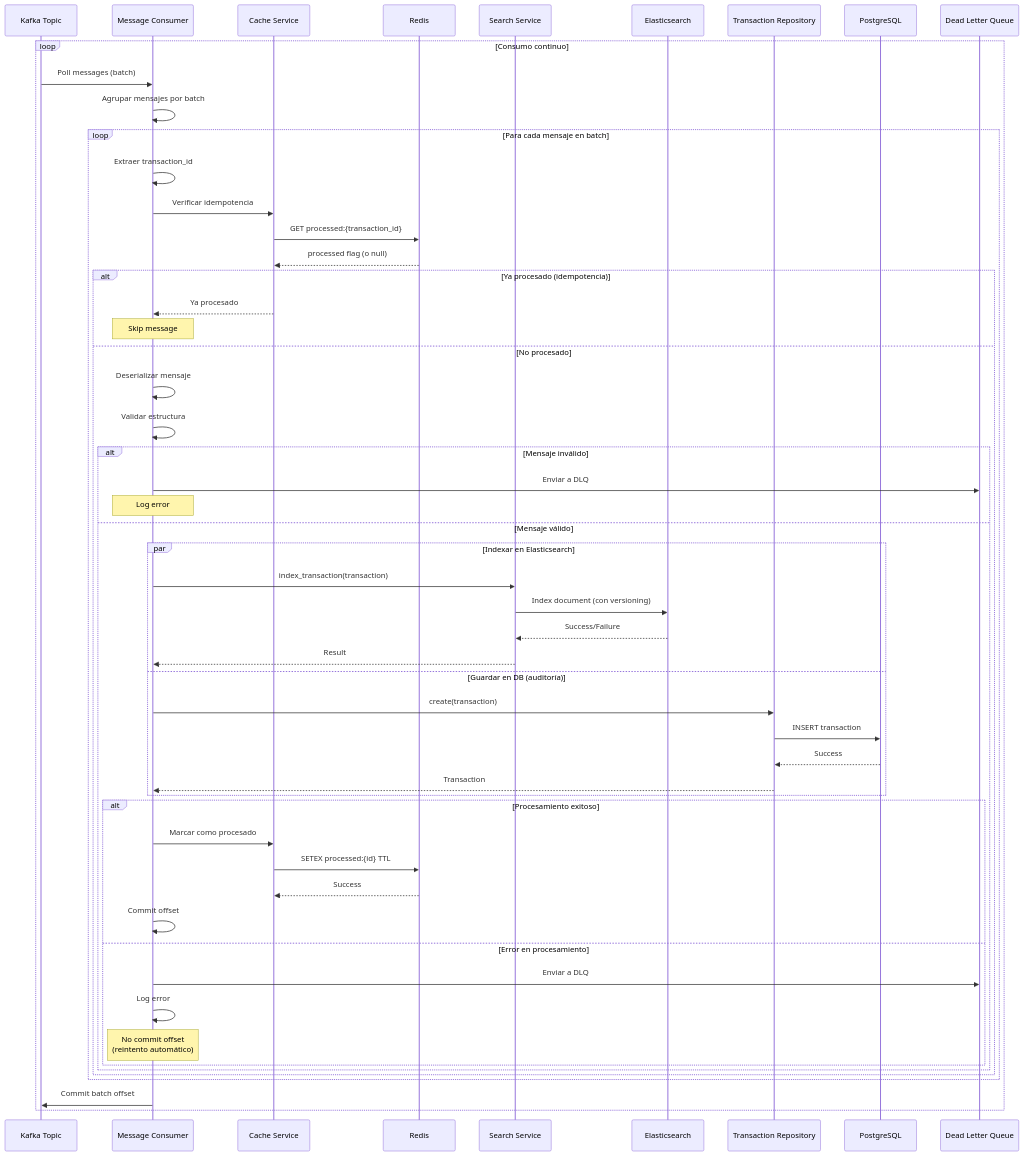
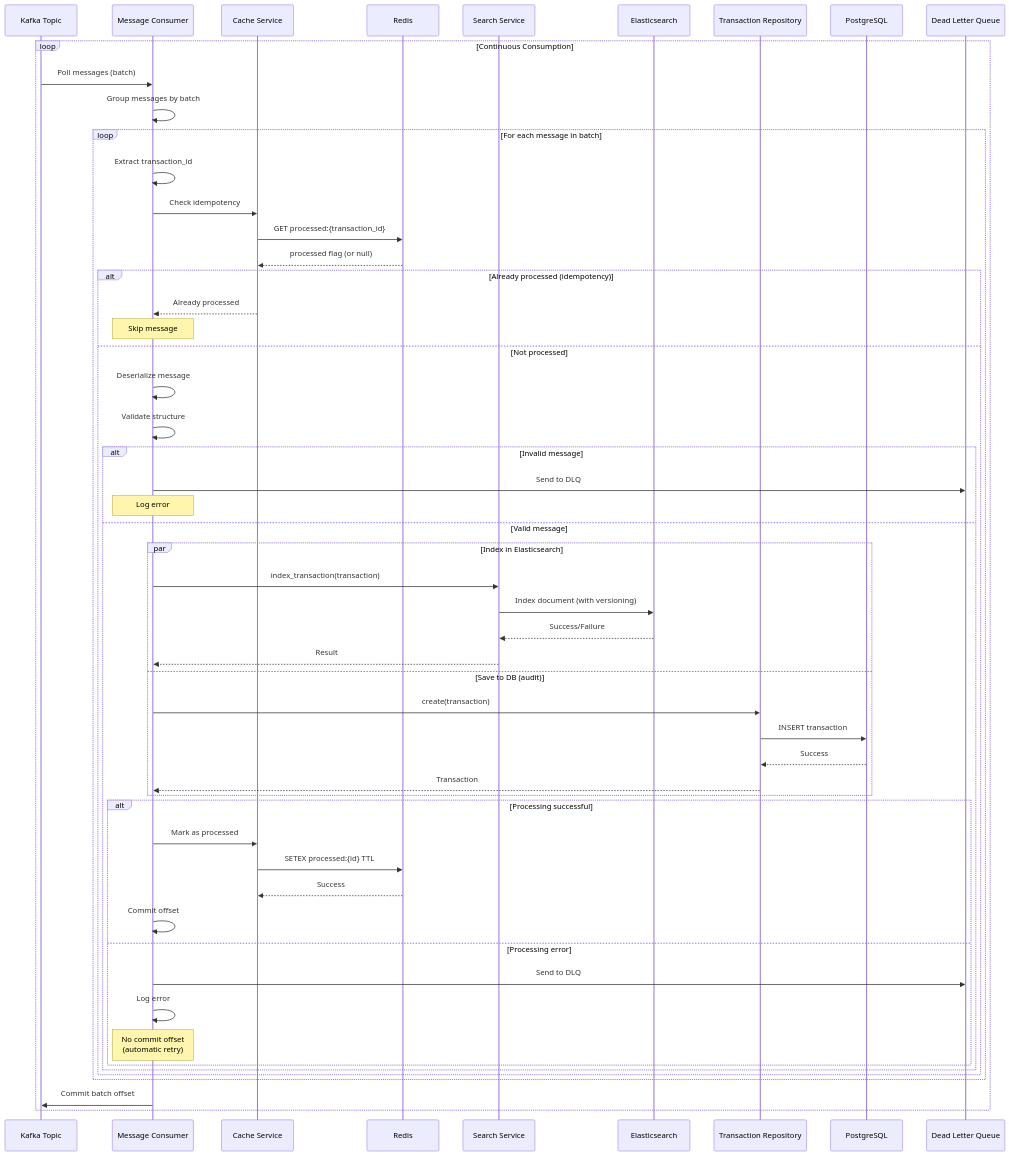
One commit to echevemaster/astropay_challenge changed the seventh of 8 diagrams in README.md. Above: the diagram before and after it, drawn with Mermaid. The commit also changed other lines of this file, not shown here.

````diff
--- a/README.md
+++ b/README.md
@@ -356,64 +356,64 @@
 ```mermaid
 sequenceDiagram
     participant Kafka as Kafka Topic
     participant Consumer as Message Consumer
     participant Cache as Cache Service
     participant Redis as Redis
     participant Search as Search Service
     participant ES as Elasticsearch
     participant Repo as Transaction Repository
     participant DB as PostgreSQL
     participant DLQ as Dead Letter Queue
     
-    loop Consumo continuo
+    loop Continuous Consumption
         Kafka->>Consumer: Poll messages (batch)
         
-        Consumer->>Consumer: Agrupar mensajes por batch
+        Consumer->>Consumer: Group messages by batch
         
-        loop Para cada mensaje en batch
-            Consumer->>Consumer: Extraer transaction_id
+        loop For each message in batch
+            Consumer->>Consumer: Extract transaction_id
             
-            Consumer->>Cache: Verificar idempotencia
+            Consumer->>Cache: Check idempotency
             Cache->>Redis: GET processed:{transaction_id}
-            Redis-->>Cache: processed flag (o null)
+            Redis-->>Cache: processed flag (or null)
             
-            alt Ya procesado (idempotencia)
-                Cache-->>Consumer: Ya procesado
+            alt Already processed (idempotency)
+                Cache-->>Consumer: Already processed
                 Note over Consumer: Skip message
-            else No procesado
-                Consumer->>Consumer: Deserializar mensaje
-                Consumer->>Consumer: Validar estructura
+            else Not processed
+                Consumer->>Consumer: Deserialize message
+                Consumer->>Consumer: Validate structure
                 
-                alt Mensaje inválido
-                    Consumer->>DLQ: Enviar a DLQ
+                alt Invalid message
+                    Consumer->>DLQ: Send to DLQ
                     Note over Consumer: Log error
-                else Mensaje válido
-                    par Indexar en Elasticsearch
+                else Valid message
+                    par Index in Elasticsearch
                         Consumer->>Search: index_transaction(transaction)
-                        Search->>ES: Index document (con versioning)
+                        Search->>ES: Index document (with versioning)
                         ES-->>Search: Success/Failure
                         Search-->>Consumer: Result
-                    and Guardar en DB (auditoría)
+                    and Save to DB (audit)
                         Consumer->>Repo: create(transaction)
                         Repo->>DB: INSERT transaction
                         DB-->>Repo: Success
                         Repo-->>Consumer: Transaction
                     end
                     
-                    alt Procesamiento exitoso
-                        Consumer->>Cache: Marcar como procesado
+                    alt Processing successful
+                        Consumer->>Cache: Mark as processed
                         Cache->>Redis: SETEX processed:{id} TTL
                         Redis-->>Cache: Success
                         Consumer->>Consumer: Commit offset
-                    else Error en procesamiento
-                        Consumer->>DLQ: Enviar a DLQ
+                    else Processing error
+                        Consumer->>DLQ: Send to DLQ
                         Consumer->>Consumer: Log error
-                        Note over Consumer: No commit offset<br/>(reintento automático)
+                        Note over Consumer: No commit offset<br/>(automatic retry)
                     end
                 end
             end
         end
         
         Consumer->>Kafka: Commit batch offset
     end
 ```
````
